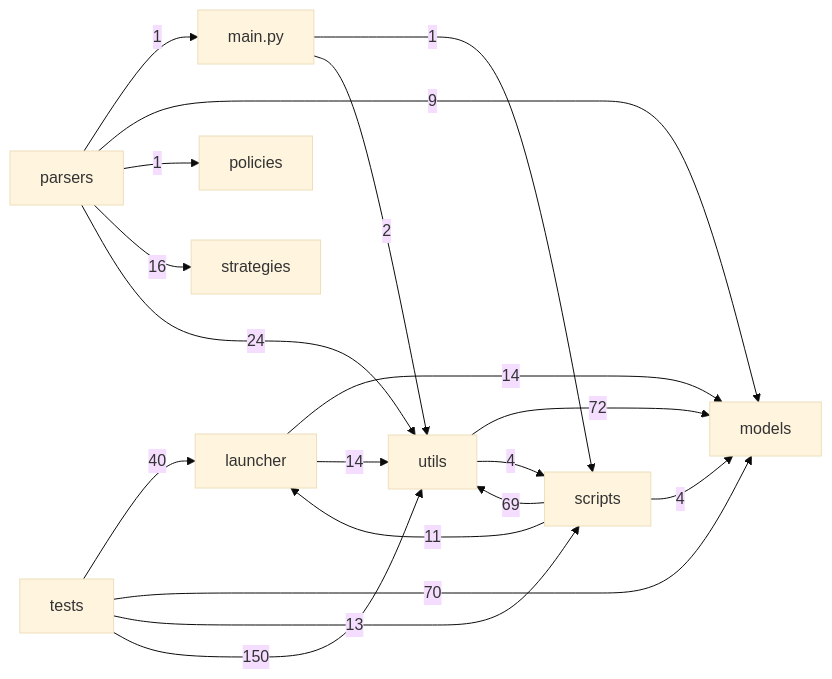
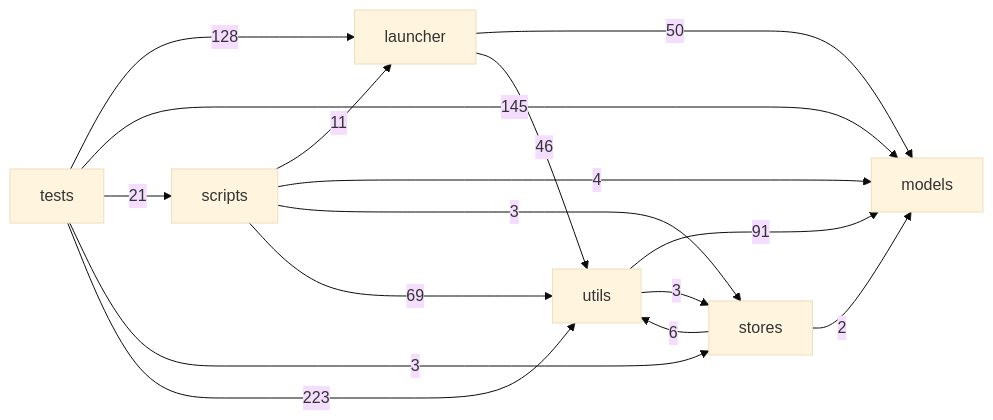
The sixth of 6 diagrams in docs/PROJECT_FILE_FLOW_MAP.md (Lyti4/ParserRIba), drawn with Mermaid (base theme) before and after one commit. The commit also changed other lines of this file and 241 other files, not shown here.

````diff
--- a/docs/PROJECT_FILE_FLOW_MAP.md
+++ b/docs/PROJECT_FILE_FLOW_MAP.md
@@ -596,21 +722,18 @@
 ```mermaid
 flowchart LR
-  n_launcher[launcher] -->|14| n_models[models]
-  n_launcher[launcher] -->|14| n_utils[utils]
-  n_main_py[main.py] -->|1| n_scripts[scripts]
-  n_main_py[main.py] -->|2| n_utils[utils]
-  n_parsers[parsers] -->|1| n_main_py[main.py]
-  n_parsers[parsers] -->|9| n_models[models]
-  n_parsers[parsers] -->|1| n_policies[policies]
-  n_parsers[parsers] -->|16| n_strategies[strategies]
-  n_parsers[parsers] -->|24| n_utils[utils]
+  n_launcher[launcher] -->|50| n_models[models]
+  n_launcher[launcher] -->|46| n_utils[utils]
   n_scripts[scripts] -->|11| n_launcher[launcher]
   n_scripts[scripts] -->|4| n_models[models]
+  n_scripts[scripts] -->|3| n_stores[stores]
   n_scripts[scripts] -->|69| n_utils[utils]
-  n_tests[tests] -->|40| n_launcher[launcher]
-  n_tests[tests] -->|70| n_models[models]
-  n_tests[tests] -->|13| n_scripts[scripts]
-  n_tests[tests] -->|150| n_utils[utils]
-  n_utils[utils] -->|72| n_models[models]
-  n_utils[utils] -->|4| n_scripts[scripts]
+  n_stores[stores] -->|2| n_models[models]
+  n_stores[stores] -->|6| n_utils[utils]
+  n_tests[tests] -->|128| n_launcher[launcher]
+  n_tests[tests] -->|145| n_models[models]
+  n_tests[tests] -->|21| n_scripts[scripts]
+  n_tests[tests] -->|3| n_stores[stores]
+  n_tests[tests] -->|223| n_utils[utils]
+  n_utils[utils] -->|91| n_models[models]
+  n_utils[utils] -->|3| n_stores[stores]
 ```
````
